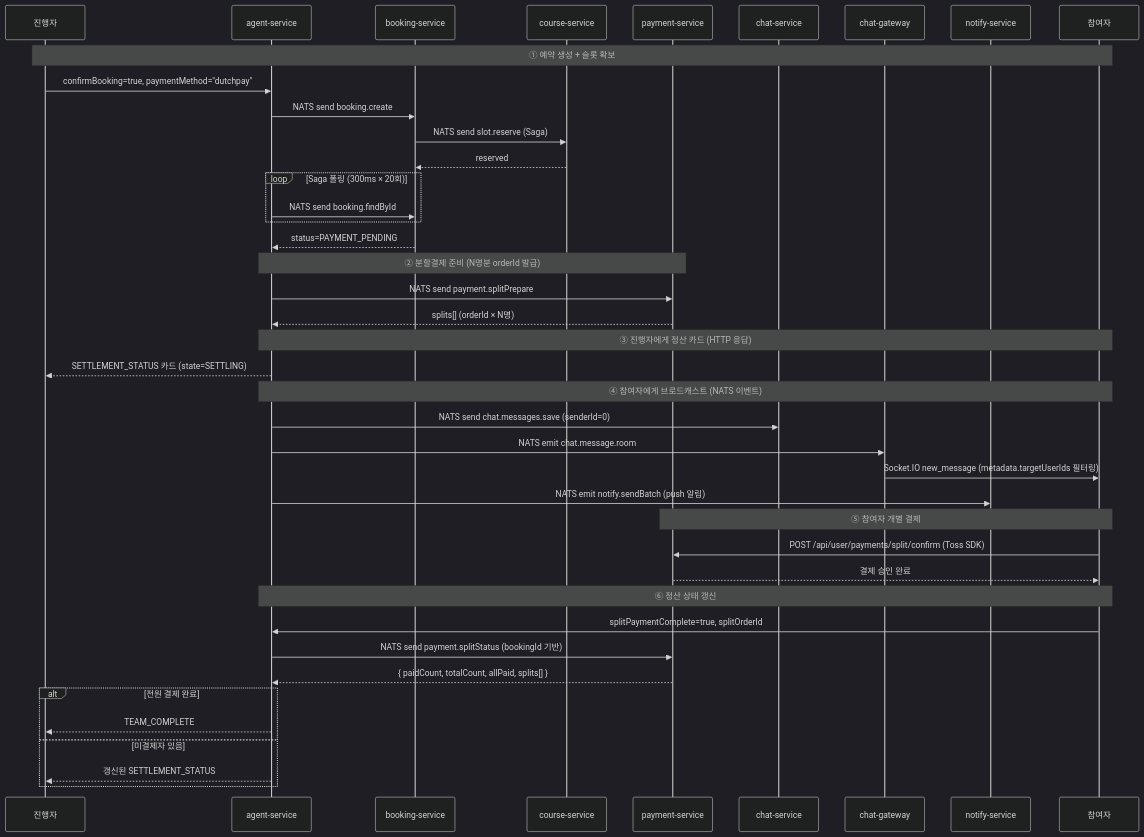
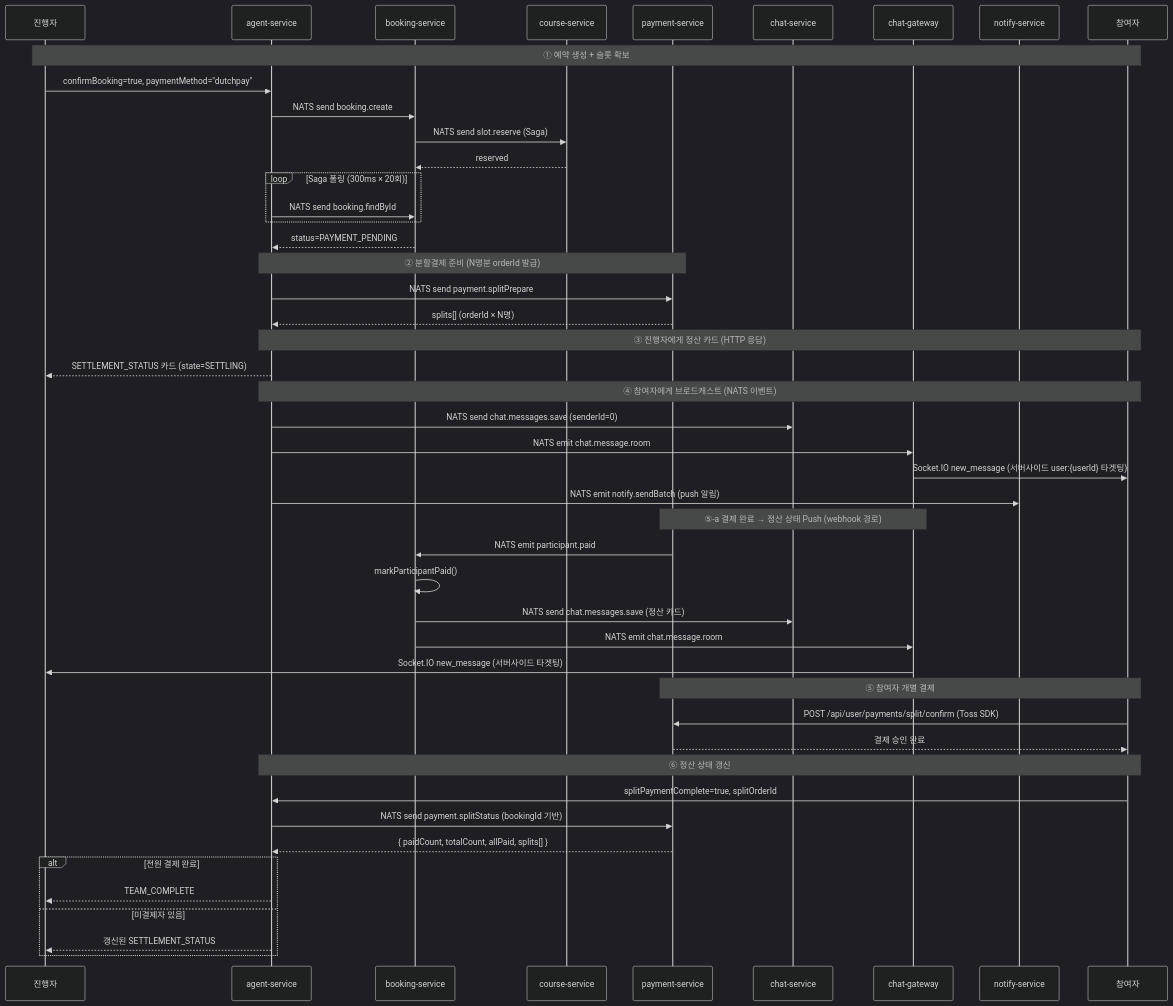
The third of 3 diagrams in docs/workflow/AGENT.md (uniyous/parkgolf-platform), drawn with Mermaid (dark theme) before and after one commit. The commit also changed other lines of this file and 1 other file, not shown here.

Commit message:
docs(chat): 서버사이드 타겟팅 및 정산 상태 Push 문서 현행화

````diff
--- a/docs/workflow/AGENT.md
+++ b/docs/workflow/AGENT.md
@@ -365,51 +365,58 @@
 ```mermaid
 sequenceDiagram
     participant Booker as 진행자
     participant Agent as agent-service
     participant Book as booking-service
     participant Course as course-service
     participant Pay as payment-service
     participant Chat as chat-service
     participant GW as chat-gateway
     participant Notify as notify-service
     participant P as 참여자
 
     Note over Booker,P: ① 예약 생성 + 슬롯 확보
     Booker->>Agent: confirmBooking=true, paymentMethod="dutchpay"
     Agent->>Book: NATS send booking.create
     Book->>Course: NATS send slot.reserve (Saga)
     Course-->>Book: reserved
 
     loop Saga 폴링 (300ms × 20회)
         Agent->>Book: NATS send booking.findById
     end
     Book-->>Agent: status=PAYMENT_PENDING
 
     Note over Agent,Pay: ② 분할결제 준비 (N명분 orderId 발급)
     Agent->>Pay: NATS send payment.splitPrepare
     Pay-->>Agent: splits[] (orderId × N명)
 
     Note over Agent,P: ③ 진행자에게 정산 카드 (HTTP 응답)
     Agent-->>Booker: SETTLEMENT_STATUS 카드 (state=SETTLING)
 
     Note over Agent,P: ④ 참여자에게 브로드캐스트 (NATS 이벤트)
     Agent->>Chat: NATS send chat.messages.save (senderId=0)
     Agent->>GW: NATS emit chat.message.room
-    GW->>P: Socket.IO new_message (metadata.targetUserIds 필터링)
+    GW->>P: Socket.IO new_message (서버사이드 user:{userId} 타겟팅)
     Agent->>Notify: NATS emit notify.sendBatch (push 알림)
+
+    Note over Pay,GW: ⑤-a 결제 완료 → 정산 상태 Push (webhook 경로)
+    Pay->>Book: NATS emit participant.paid
+    Book->>Book: markParticipantPaid()
+    Book->>Chat: NATS send chat.messages.save (정산 카드)
+    Book->>GW: NATS emit chat.message.room
+    GW->>Booker: Socket.IO new_message (서버사이드 타겟팅)
 
     Note over P,Pay: ⑤ 참여자 개별 결제
     P->>Pay: POST /api/user/payments/split/confirm (Toss SDK)
     Pay-->>P: 결제 승인 완료
 
     Note over P,Agent: ⑥ 정산 상태 갱신
     P->>Agent: splitPaymentComplete=true, splitOrderId
     Agent->>Pay: NATS send payment.splitStatus (bookingId 기반)
     Pay-->>Agent: { paidCount, totalCount, allPaid, splits[] }
 
     alt 전원 결제 완료
         Agent-->>Booker: TEAM_COMPLETE
     else 미결제자 있음
         Agent-->>Booker: 갱신된 SETTLEMENT_STATUS
     end
 ```
````
